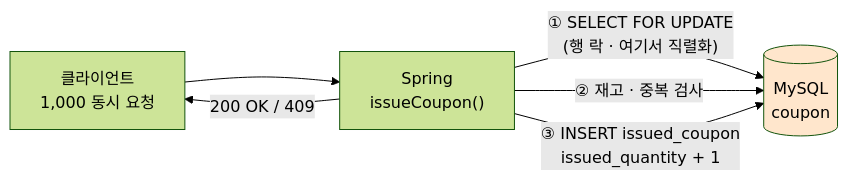
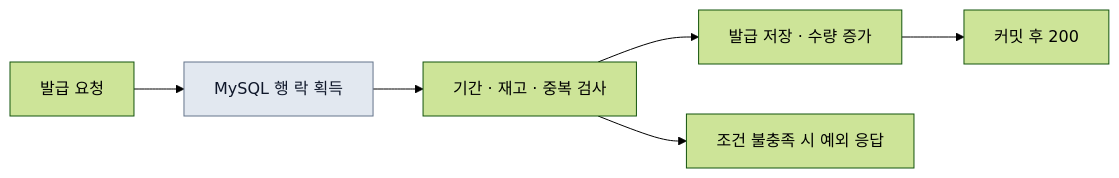
One commit to joejaeyoung/Project-coupon_rush changed the first of 3 diagrams in README.md. Above: the diagram before and after it, drawn with Mermaid (forest theme). The commit also changed other lines of this file and 4 other files, not shown here.

Commit message:
docs: improve README with architecture and benchmark context

````diff
--- a/README.md
+++ b/README.md
@@ -60,9 +62,9 @@
 ```mermaid
 flowchart LR
-  C["클라이언트<br/>1,000 동시 요청"] --> A["Spring<br/>issueCoupon()"]
-  A -->|"① SELECT FOR UPDATE<br/>(행 락 · 여기서 직렬화)"| DB[("MySQL<br/>coupon")]
-  A -->|"② 재고 · 중복 검사"| DB
-  A -->|"③ INSERT issued_coupon<br/>issued_quantity + 1"| DB
-  A -->|"200 OK / 409"| C
-  style DB fill:#ffe6cc
+    A["발급 요청"] --> B["MySQL 행 락 획득"]
+    B --> C["기간 · 재고 · 중복 검사"]
+    C --> D["발급 저장 · 수량 증가"]
+    D --> E["커밋 후 200"]
+    C --> F["조건 불충족 시 예외 응답"]
+    style B fill:#e2e8f0,stroke:#64748b,color:#0f172a
 ```
````
